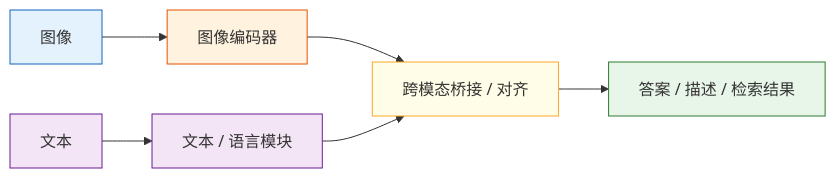
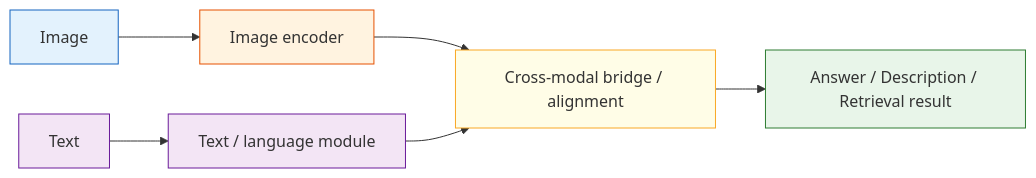
The second of 2 diagrams in docs/ch12-multimodal/ch01-multimodal/02-vision-language.md (oudbiao/AI-fullstack-course), drawn with Mermaid before and after one commit. The commit also changed other lines of this file and 1406 other files, not shown here.

````diff
--- a/docs/ch12-multimodal/ch01-multimodal/02-vision-language.md
+++ b/docs/ch12-multimodal/ch01-multimodal/02-vision-language.md
@@ -103,15 +103,15 @@
 ```mermaid
 flowchart LR
-    A["图像"] --> B["图像编码器"]
-    C["文本"] --> D["文本 / 语言模块"]
-    B --> E["跨模态桥接 / 对齐"]
+    A["Image"] --> B["Image encoder"]
+    C["Text"] --> D["Text / language module"]
+    B --> E["Cross-modal bridge / alignment"]
     D --> E
-    E --> F["答案 / 描述 / 检索结果"]
+    E --> F["Answer / Description / Retrieval result"]
 
     style A fill:#e3f2fd,stroke:#1565c0,color:#333
     style B fill:#fff3e0,stroke:#e65100,color:#333
     style C fill:#f3e5f5,stroke:#6a1b9a,color:#333
     style D fill:#f3e5f5,stroke:#6a1b9a,color:#333
     style E fill:#fffde7,stroke:#f9a825,color:#333
     style F fill:#e8f5e9,stroke:#2e7d32,color:#333
 ```
````
